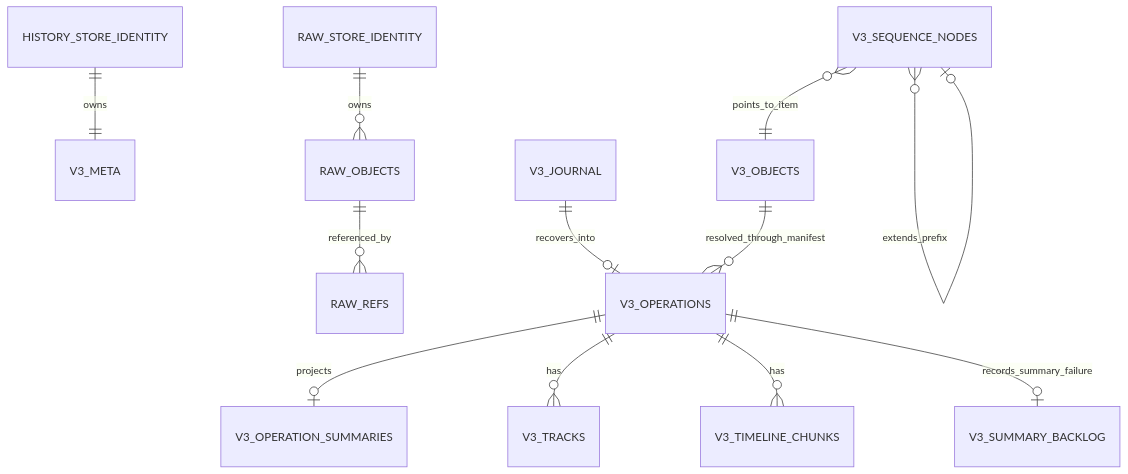
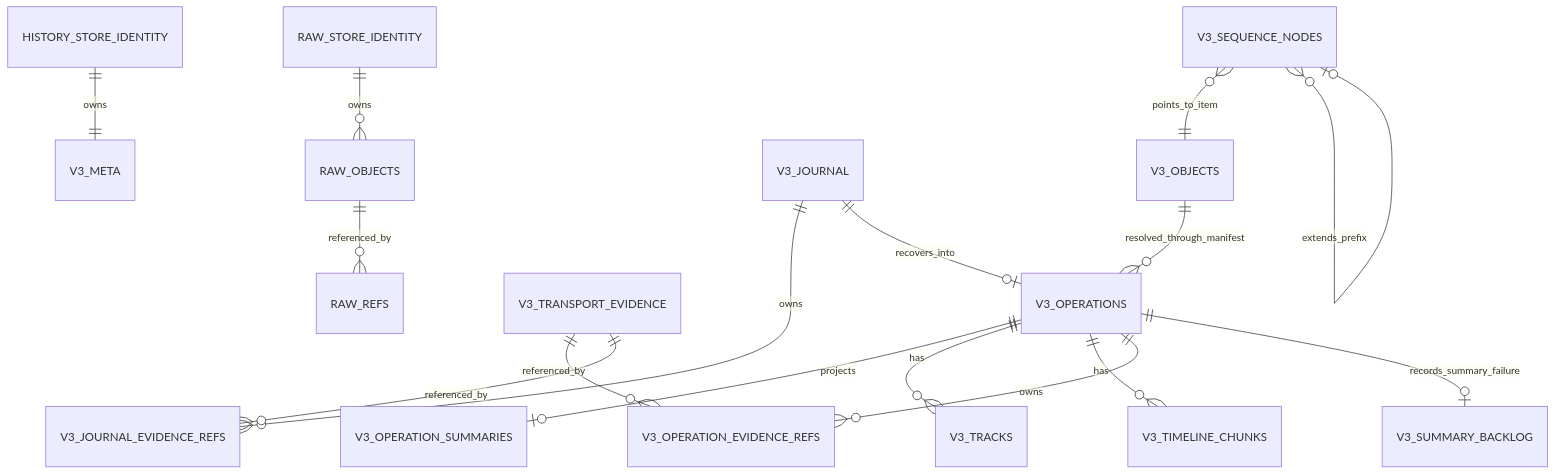
The diagram in docs/history-v3-schema.md (puxu-msft/copilot-api-js), drawn with Mermaid before and after one commit. The commit also changed other lines of this file and 24 other files, not shown here.

````diff
--- a/docs/history-v3-schema.md
+++ b/docs/history-v3-schema.md
@@ -23,14 +23,18 @@
 ```mermaid
 erDiagram
     HISTORY_STORE_IDENTITY ||--|| V3_META : owns
     V3_OPERATIONS ||--o| V3_OPERATION_SUMMARIES : projects
     V3_OPERATIONS ||--o{ V3_TRACKS : has
     V3_OPERATIONS ||--o{ V3_TIMELINE_CHUNKS : has
     V3_OBJECTS ||--o{ V3_OPERATIONS : resolved_through_manifest
     V3_SEQUENCE_NODES }o--|| V3_OBJECTS : points_to_item
     V3_SEQUENCE_NODES }o--o| V3_SEQUENCE_NODES : extends_prefix
+    V3_OPERATIONS ||--o{ V3_OPERATION_EVIDENCE_REFS : owns
+    V3_JOURNAL ||--o{ V3_JOURNAL_EVIDENCE_REFS : owns
+    V3_TRANSPORT_EVIDENCE ||--o{ V3_OPERATION_EVIDENCE_REFS : referenced_by
+    V3_TRANSPORT_EVIDENCE ||--o{ V3_JOURNAL_EVIDENCE_REFS : referenced_by
     V3_JOURNAL ||--o| V3_OPERATIONS : recovers_into
     V3_OPERATIONS ||--o| V3_SUMMARY_BACKLOG : records_summary_failure
     RAW_STORE_IDENTITY ||--o{ RAW_OBJECTS : owns
     RAW_OBJECTS ||--o{ RAW_REFS : referenced_by
 ```
````
